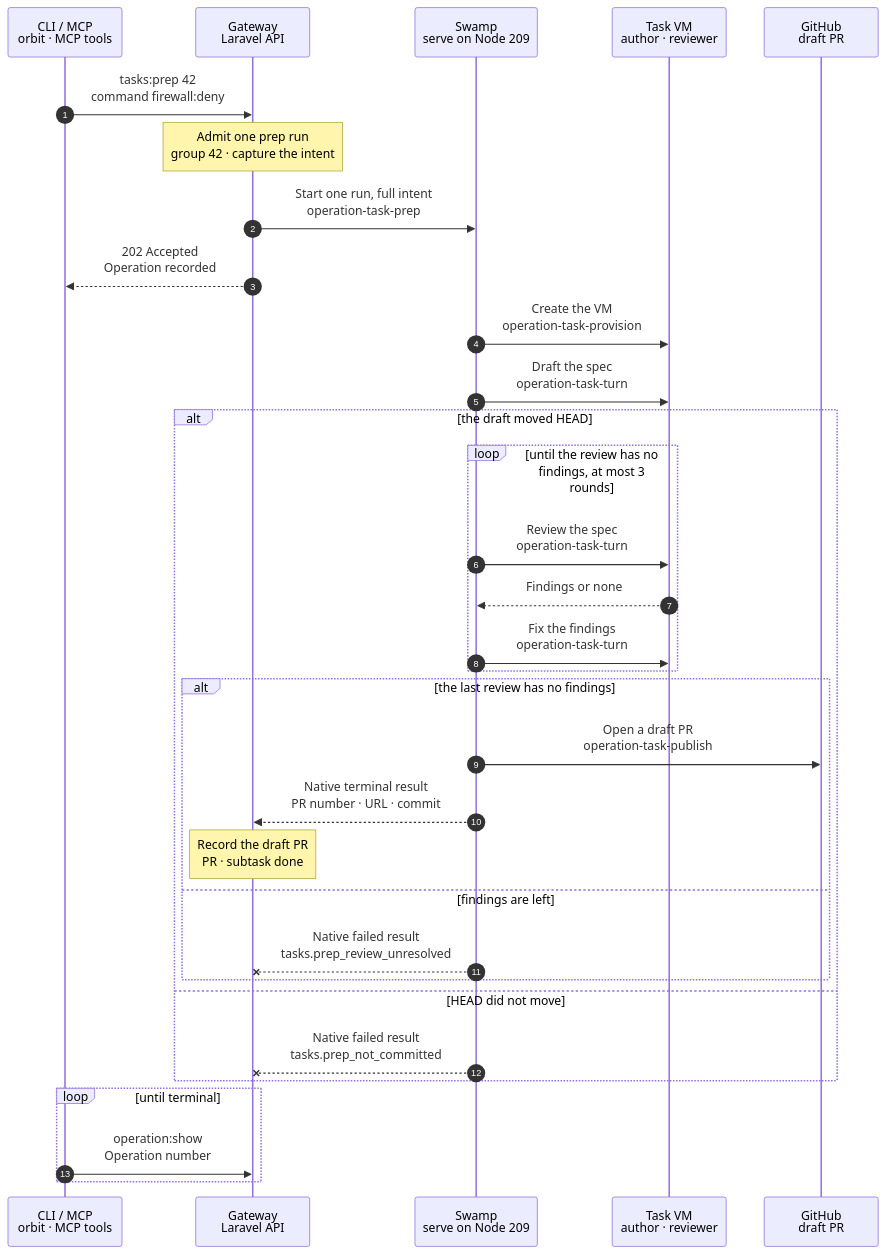
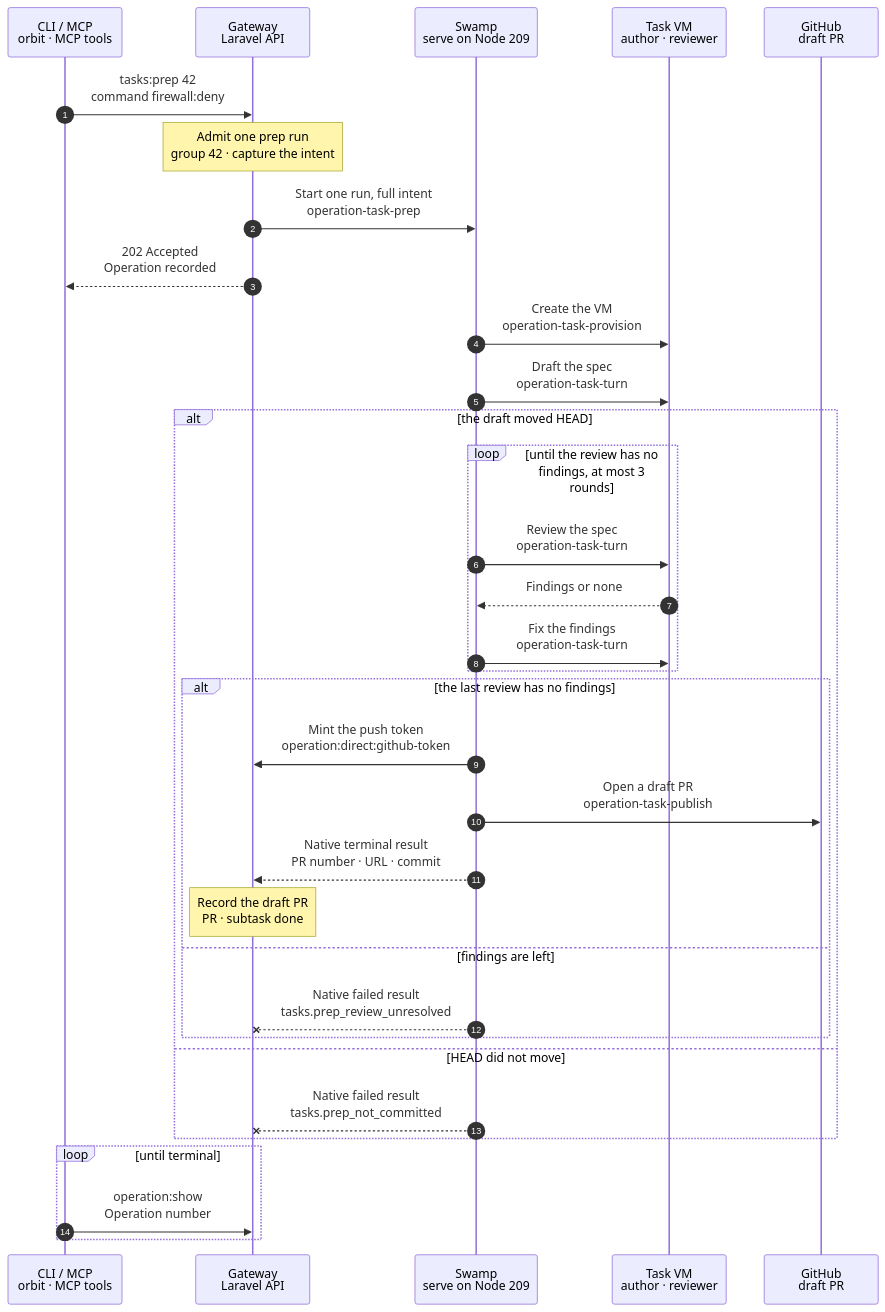
The diagram in docs/cli/tasks/prep.mmd (hardimpactdev/orbit), drawn with Mermaid before and after one commit. The commit also changed 12 other files, not shown here.

First line of the commit message:
tasks: mint the publish push token at the publish step, not at admission (#2882)

```diff
--- a/docs/cli/tasks/prep.mmd
+++ b/docs/cli/tasks/prep.mmd
@@ -1,86 +1,90 @@
 sequenceDiagram
   %% Target design: docs/reference/tasks.md#prepare-a-command, the Gateway side of stage 1 of the command development pipeline (docs/reference/pipeline/1-prep.mmd). The pattern of proof:run: one admission, one parent Swamp run, existing workflows as children.
   %% status: draft
   %% command: tasks:prep
   %% kind: tasks.prep
   autonumber
   %% lane CLI icon=terminal pill=caller tone=gray
   %% lane GW icon=gateway pill=intent tone=blue
   %% lane SW icon=workflow pill=executes tone=green
   %% lane VM icon=terminal pill=target tone=amber
   %% lane GH icon=server pill=target tone=purple
   participant CLI as CLI / MCP<br/>orbit · MCP tools
   participant GW as Gateway<br/>Laravel API
   participant SW as Swamp<br/>serve on Node 209
   participant VM as Task VM<br/>author · reviewer
   participant GH as GitHub<br/>draft PR
   CLI->>GW: tasks:prep 42<br/>command firewall:deny
   %%> Command:
   %%> - the MCP tool `tasks-prep`, or `POST /api/v1/task-groups/42/prep` with `{"command": "firewall:deny"}` and an `Idempotency-Key`
   Note over GW: Admit one prep run<br/>group 42 · capture the intent
   %%> Requirements:
   %%> - your Node has an access grant to the Gateway
   %%> - group 42 is an open external `todo` group with no VM, of a Project that the GitHub App reads
   %%> - the command is `family:command` in lower case
   %%> What it does:
   %%> - captures, in one transaction, the provision intent, the author and reviewer threads, the prompts, the pull request title and body, and the repository, base and branch `task-42`
-  %%> - mints the GitHub installation token for the pull request and pushes it to the vault under key names
+  %%> - names the vault keys of the push token; it mints no GitHub token, because the run takes longer than the hour that an installation token lives
   %%> Result:
   %%> - Operation recorded with the full intent
   GW->>SW: Start one run, full intent<br/>operation-task-prep
   %%> Inputs:
-  %%> - the whole intent above, and the vault key names of the model, Pi and GitHub credentials, never their values
-  %%> - no step of the run calls the Gateway
+  %%> - the whole intent above, and the vault key names of the model, Pi and push-token credentials, never their values
+  %%> - one step of the run calls the Gateway: the publish step mints its push token when it starts, with the run id of this run
+  %%> - no task VM holds a GitHub credential: it receives the workspace in the provision bundle, and the push and the pull request run on Node 209
   GW-->>CLI: 202 Accepted<br/>Operation recorded
   %%> Next:
   %%> - the CLI follows the Operation with `operation:show`
   SW->>VM: Create the VM<br/>operation-task-provision
   %%> What it does:
   %%> - runs the provision workflow as a child, with its intent from the parent's inputs
   %%> - the VM, the workspace and the checkout of the default branch
   %%> - the host key of the new VM is unknown at admission; a step pins it into the SSH targets of the later children
   SW->>VM: Draft the spec<br/>operation-task-turn
   %%> What it does:
   %%> - the author agent drafts the chart, the page and the cases, checks them, and commits the three files as one commit
   %%> - the turn reports the commit and tree it left
   alt the draft moved HEAD
     loop until the review has no findings, at most 3 rounds
       SW->>VM: Review the spec<br/>operation-task-turn
       %%> What it does:
       %%> - a new reviewer thread restores the commit under review and reads the spec
       %%> - its receipt is `approved` or `changes_requested` with the findings
       VM-->>SW: Findings or none
       SW->>VM: Fix the findings<br/>operation-task-turn
       %%> When:
       %%> - only when the review has findings
       %%> Result:
       %%> - the author thread fixes them and commits again
     end
     alt the last review has no findings
+      SW->>GW: Mint the push token<br/>operation:direct:github-token
+      %%> What it does:
+      %%> - the publish child asks for the token only now, right before the push
       SW->>GH: Open a draft PR<br/>operation-task-publish
       %%> What it does:
       %%> - pushes the commit to `task-42` without force and opens the PR as the Orbit App, as a draft
       SW-->>GW: Native terminal result<br/>PR number · URL · commit
       Note over GW: Record the draft PR<br/>PR · subtask done
       %%> Result:
       %%> - the group keeps its VM; the pull request fields of the group are set for stage 4
       %%> - the spec subtask of the group is marked completed, so the group has no open subtask
       %%> Why:
       %%> - `tasks:park` refuses a group with an open subtask; with the subtask completed it can stop the VM while the spec waits for review, and the workspace stays
       %%> Decided by the orchestrator, for Nick's review:
       %%> - prep completes its subtask when the App opens the draft PR; park keeps its rule that no subtask is open
     else findings are left
       SW--xGW: Native failed result<br/>tasks.prep_review_unresolved
       %%> Result:
       %%> - nothing is published; the VM stays for the orchestrator
     end
   else HEAD did not move
     SW--xGW: Native failed result<br/>tasks.prep_not_committed
     %%> Result:
     %%> - no review runs; the VM stays for the orchestrator
   end
   loop until terminal
     CLI->>GW: operation:show<br/>Operation number
     %%> Returns:
     %%> - the Operation status, and the pull request when the run succeeded
   end
```
